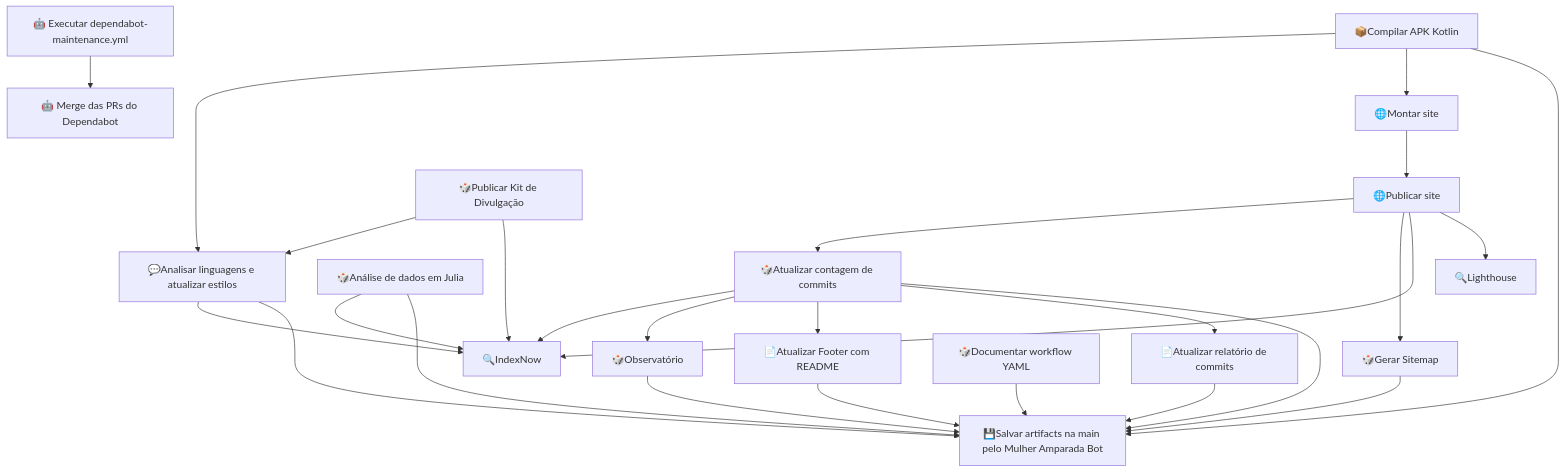
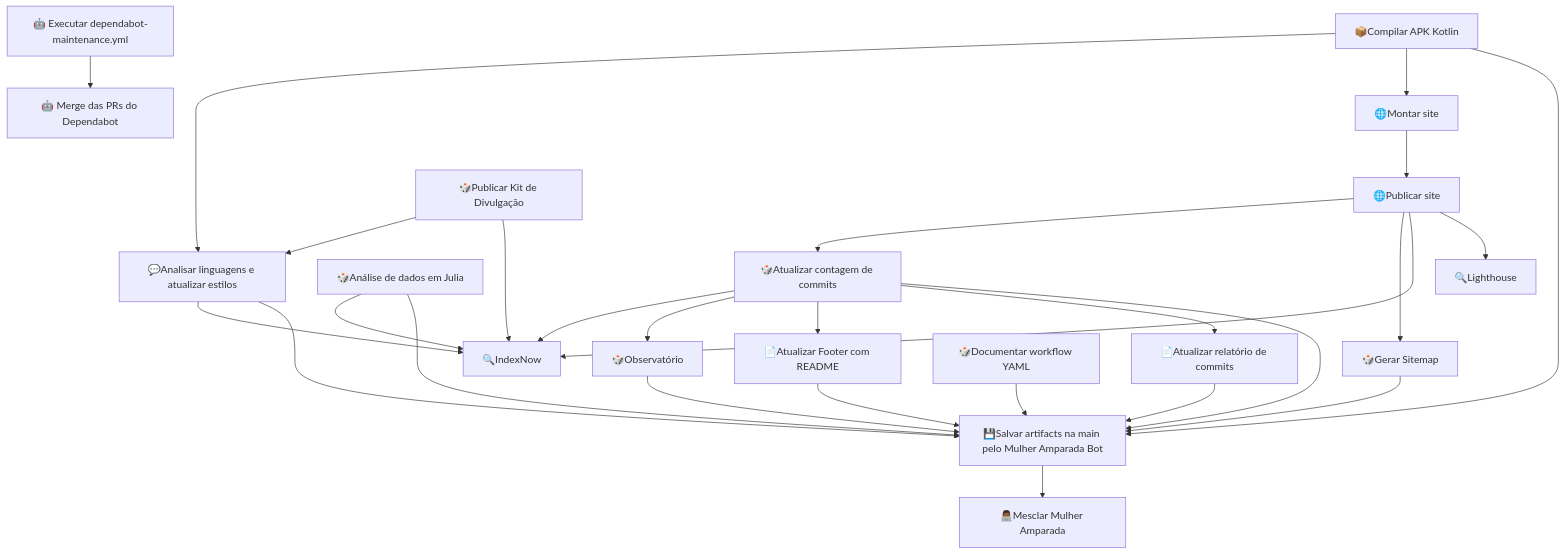
The diagram in pesquisas/workflow.md (mulher-amparada/mulher-amparada-app), drawn with Mermaid before and after one commit. The commit also changed other lines of this file and 7 other files, not shown here.

````diff
--- a/pesquisas/workflow.md
+++ b/pesquisas/workflow.md
@@ -34,45 +35,47 @@
 ```mermaid
 flowchart TD
     job_build["📦Compilar APK Kotlin"]
     job_executar_dependabot_maintenance["🤖 Executar dependabot-maintenance.yml"]
     job_dependabot_merge["🤖 Merge das PRs do Dependabot"]
     job_linguagens["💬Analisar linguagens e atualizar estilos"]
     job_bot["🎲Análise de dados em Julia"]
     job_build_site["🌐Montar site"]
     job_deploy["🌐Publicar site"]
     job_atualizar_commits["🎲Atualizar contagem de commits"]
     job_sitemap["🎲Gerar Sitemap"]
     job_indexnow["🔍IndexNow"]
     job_lighthouse["🔍Lighthouse"]
     job_publicar_divulgacao["🎲Publicar Kit de Divulgação"]
     job_observatorio["🎲Observatório"]
     job_atualizar_footer["📄Atualizar Footer com README"]
     job_atualizar_relatorio_commits["📄Atualizar relatório de commits"]
     job_pesquisar_projeto["🎲Documentar workflow YAML"]
     job_salvar_na_main["💾Salvar artifacts na main pelo Mulher Amparada Bot"]
+    job_mesclar_mulher_amparada["👨🏾‍💻Mesclar Mulher Amparada"]
     job_executar_dependabot_maintenance --> job_dependabot_merge
     job_build --> job_linguagens
     job_publicar_divulgacao --> job_linguagens
     job_build --> job_build_site
     job_build_site --> job_deploy
     job_deploy --> job_atualizar_commits
     job_deploy --> job_sitemap
     job_deploy --> job_indexnow
     job_bot --> job_indexnow
     job_linguagens --> job_indexnow
     job_publicar_divulgacao --> job_indexnow
     job_atualizar_commits --> job_indexnow
     job_deploy --> job_lighthouse
     job_atualizar_commits --> job_observatorio
     job_atualizar_commits --> job_atualizar_footer
     job_atualizar_commits --> job_atualizar_relatorio_commits
     job_build --> job_salvar_na_main
     job_linguagens --> job_salvar_na_main
     job_bot --> job_salvar_na_main
     job_atualizar_commits --> job_salvar_na_main
     job_sitemap --> job_salvar_na_main
     job_atualizar_footer --> job_salvar_na_main
     job_atualizar_relatorio_commits --> job_salvar_na_main
     job_pesquisar_projeto --> job_salvar_na_main
     job_observatorio --> job_salvar_na_main
+    job_salvar_na_main --> job_mesclar_mulher_amparada
 ```
````
